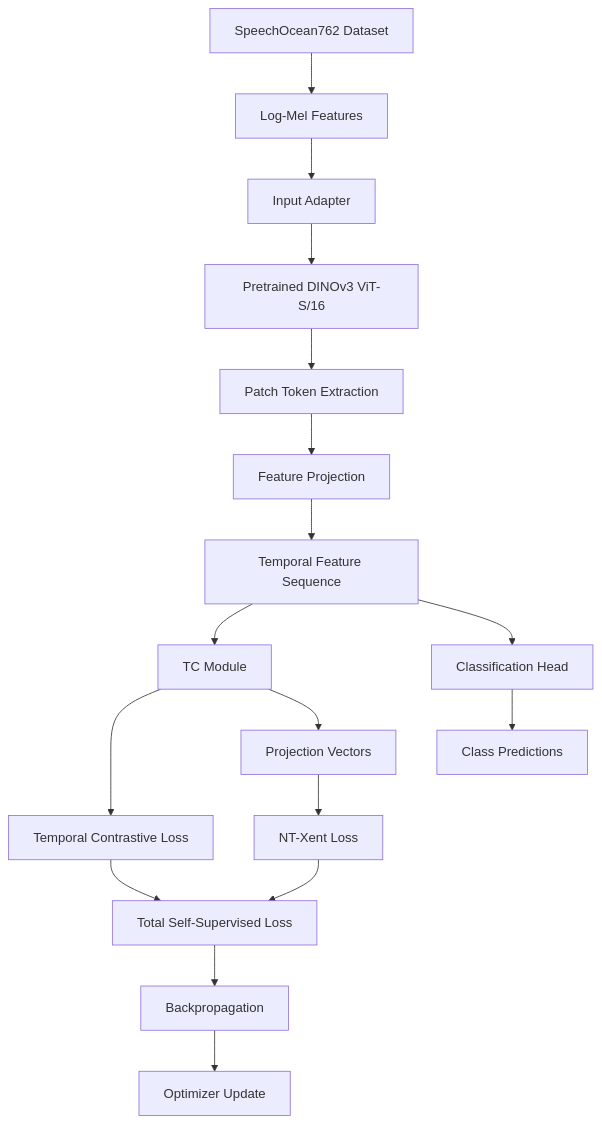
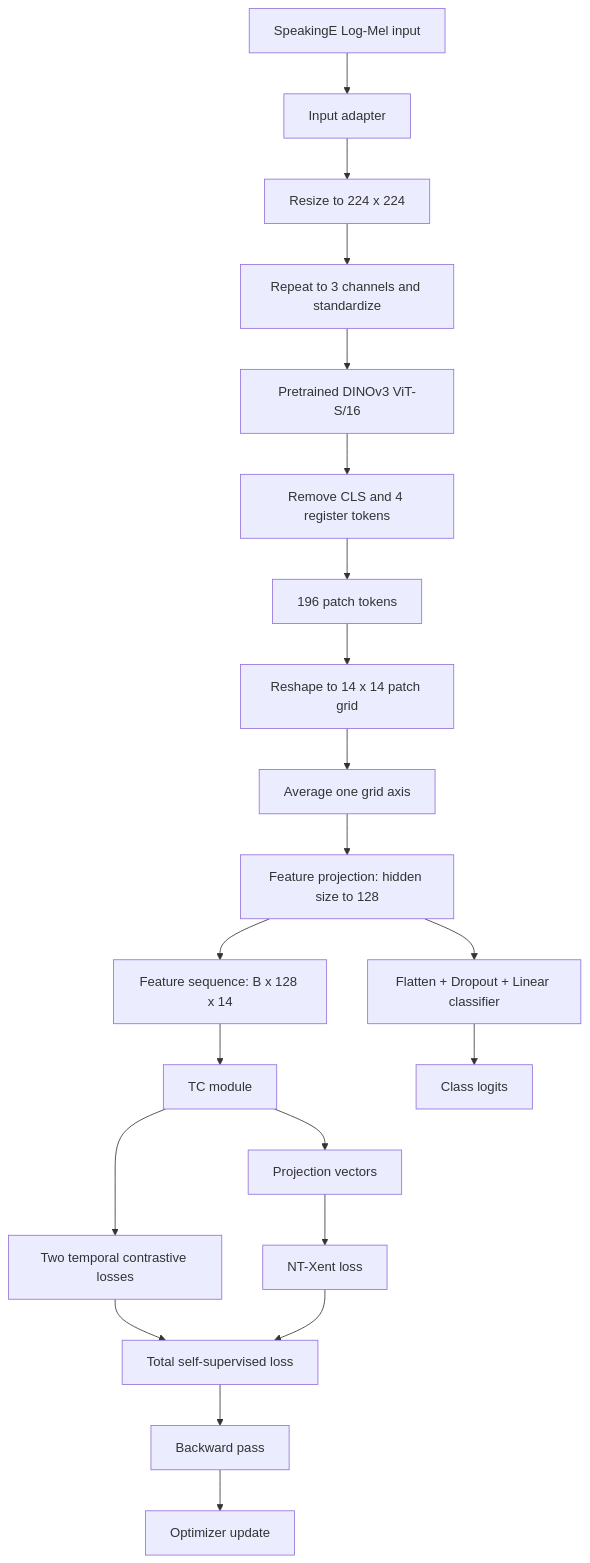
The first of 3 diagrams in README.md (tranvanh10205-ctrl/CD_TH2), drawn with Mermaid before and after one commit. The commit also changed other lines of this file, not shown here.

````diff
--- a/README.md
+++ b/README.md
@@ -78,19 +66,23 @@
 ```mermaid
 flowchart TD
-    A["SpeechOcean762 Dataset"] --> B["Log-Mel Features"]
-    B --> C["Input Adapter"]
-    C --> D["Pretrained DINOv3 ViT-S/16"]
-    D --> E["Patch Token Extraction"]
-    E --> F["Feature Projection"]
-    F --> G["Temporal Feature Sequence"]
-    G --> H["TC Module"]
-    H --> I["Temporal Contrastive Loss"]
-    H --> J["Projection Vectors"]
-    J --> K["NT-Xent Loss"]
-    I --> L["Total Self-Supervised Loss"]
-    K --> L
-    L --> M["Backpropagation"]
-    M --> N["Optimizer Update"]
-    G --> O["Classification Head"]
-    O --> P["Class Predictions"]
+    A["SpeakingE Log-Mel input"] --> B["Input adapter"]
+    B --> C["Resize to 224 x 224"]
+    C --> D["Repeat to 3 channels and standardize"]
+    D --> E["Pretrained DINOv3 ViT-S/16"]
+    E --> F["Remove CLS and 4 register tokens"]
+    F --> G["196 patch tokens"]
+    G --> H["Reshape to 14 x 14 patch grid"]
+    H --> I["Average one grid axis"]
+    I --> J["Feature projection: hidden size to 128"]
+    J --> K["Feature sequence: B x 128 x 14"]
+    K --> L["TC module"]
+    L --> M["Two temporal contrastive losses"]
+    L --> N["Projection vectors"]
+    N --> O["NT-Xent loss"]
+    M --> P["Total self-supervised loss"]
+    O --> P
+    P --> Q["Backward pass"]
+    Q --> R["Optimizer update"]
+    J --> S["Flatten + Dropout + Linear classifier"]
+    S --> T["Class logits"]
 ```
````
